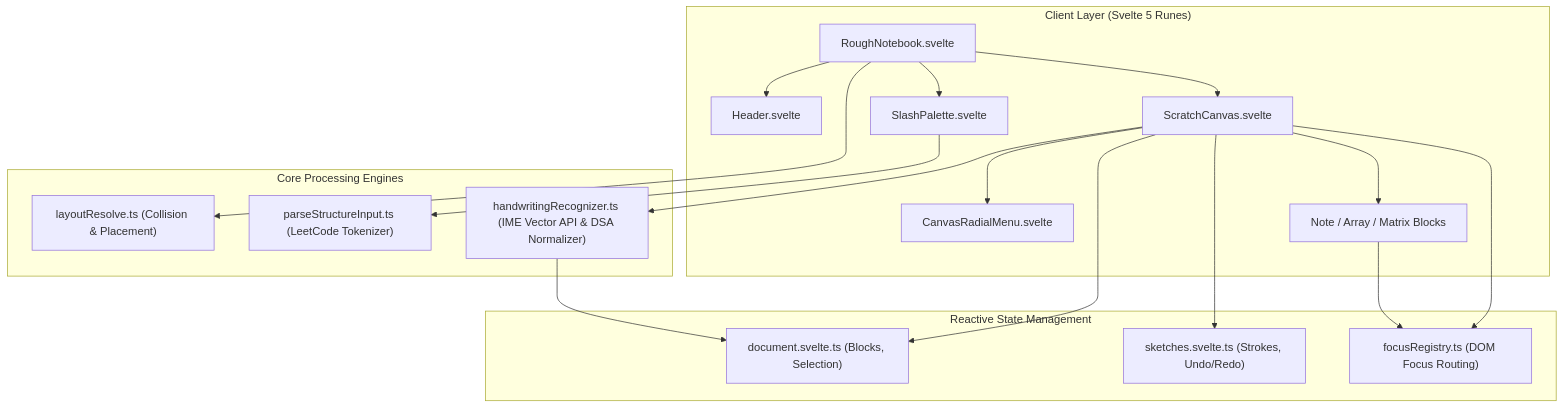
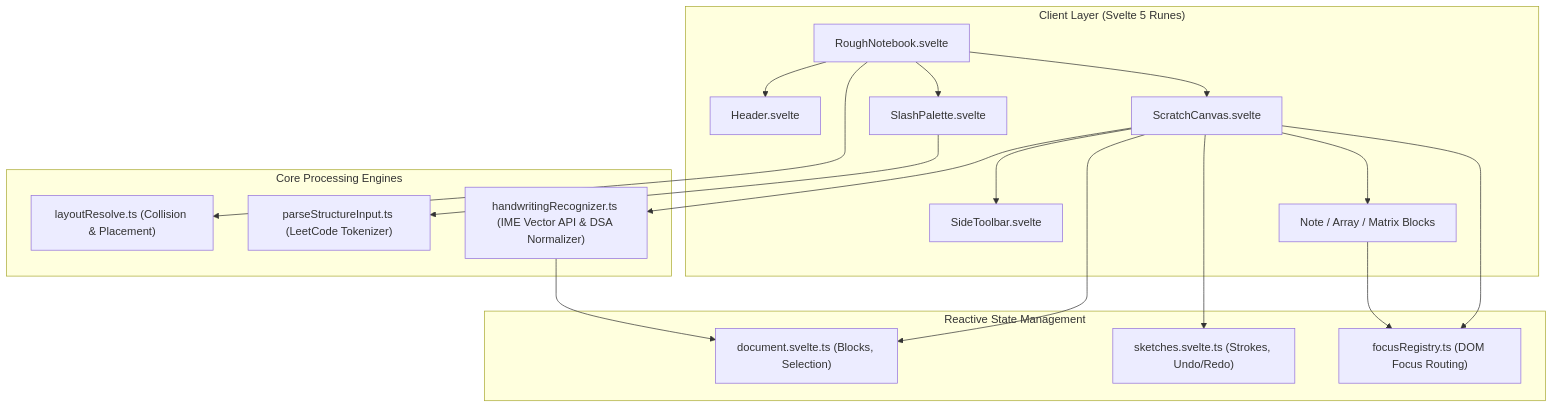
One commit to shambhoo-narwaria/Rough-Notebook changed the diagram in README.md. Above: the diagram before and after it, drawn with Mermaid. The commit also changed other lines of this file and 8 other files, not shown here.

Commit message:
Replace radial menu with vertical left toolbar and add dynamic predictive text suggestions

````diff
--- a/README.md
+++ b/README.md
@@ -137,39 +137,39 @@
 ```mermaid
 flowchart TD
     subgraph UI ["Client Layer (Svelte 5 Runes)"]
         Shell["RoughNotebook.svelte"]
         Header["Header.svelte"]
         Canvas["ScratchCanvas.svelte"]
-        Radial["CanvasRadialMenu.svelte"]
+        Toolbar["SideToolbar.svelte"]
         Palette["SlashPalette.svelte"]
         Blocks["Note / Array / Matrix Blocks"]
     end
 
     subgraph State ["Reactive State Management"]
         DocStore["document.svelte.ts (Blocks, Selection)"]
         SketchStore["sketches.svelte.ts (Strokes, Undo/Redo)"]
         FocusReg["focusRegistry.ts (DOM Focus Routing)"]
     end
 
     subgraph Engines ["Core Processing Engines"]
         LayoutEng["layoutResolve.ts (Collision & Placement)"]
         ParserEng["parseStructureInput.ts (LeetCode Tokenizer)"]
         HWEng["handwritingRecognizer.ts (IME Vector API & DSA Normalizer)"]
     end
 
     Shell --> Header
     Shell --> Canvas
     Shell --> Palette
     Canvas --> Blocks
-    Canvas --> Radial
+    Canvas --> Toolbar
 
     Canvas --> DocStore
     Canvas --> SketchStore
     Canvas --> FocusReg
     Blocks --> FocusReg
 
     Palette --> ParserEng
     Shell --> LayoutEng
     Canvas --> HWEng
     HWEng --> DocStore
 ```
````
